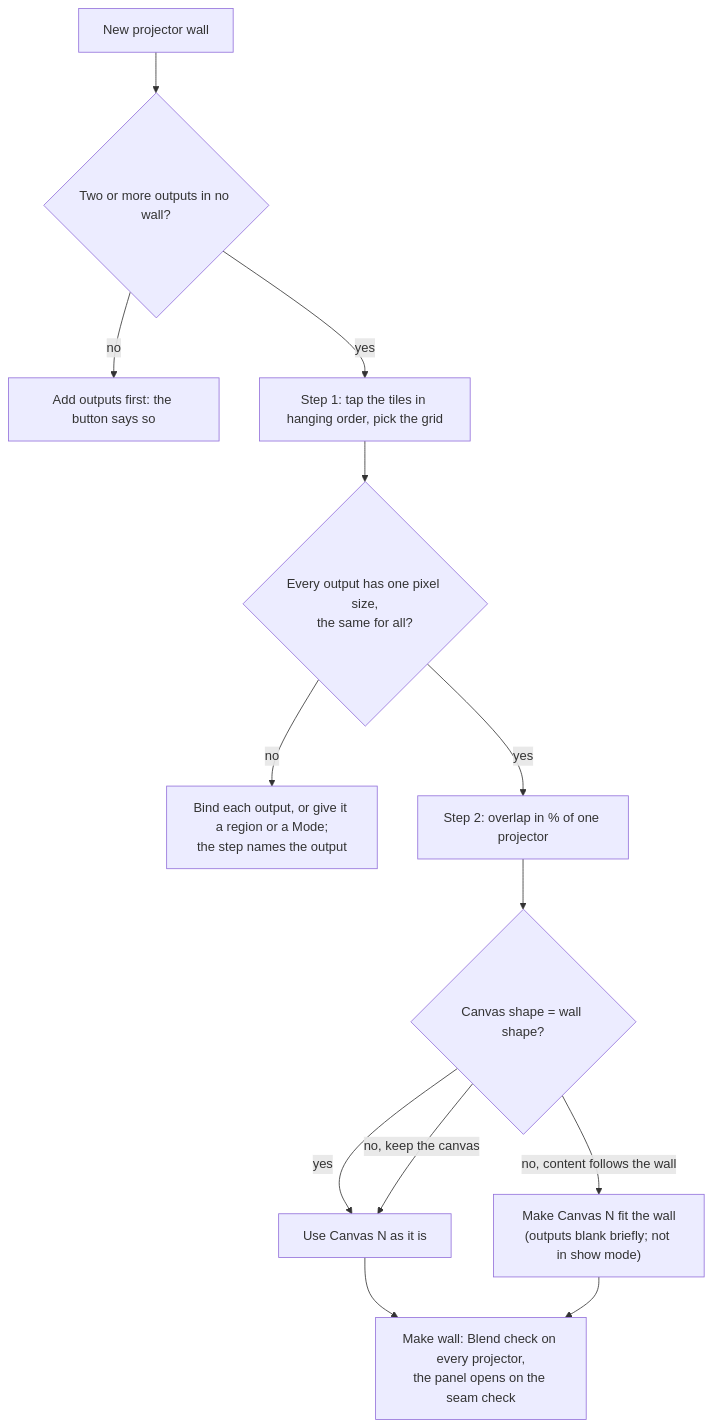
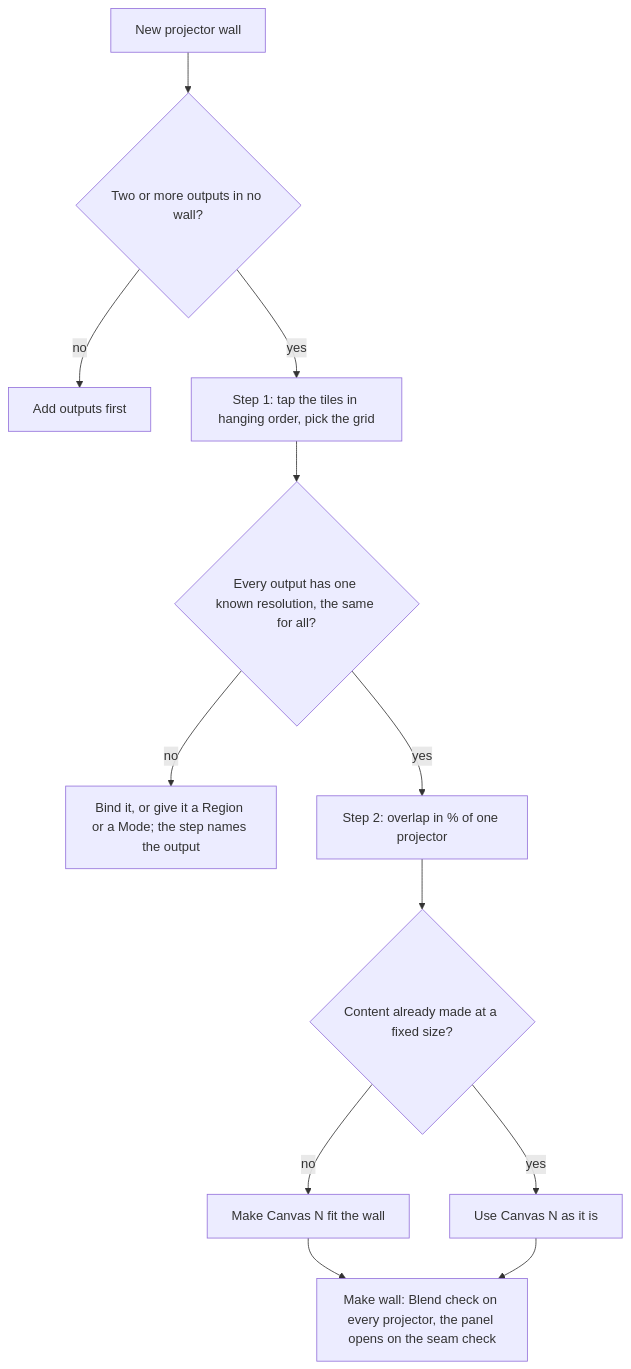
Before and after one commit to Timdebruijn/fanous: the first of 2 diagrams in docs/user/outputs-and-mapping.md, drawn with Mermaid. The commit also changed other lines of this file and 9 other files, not shown here.

First line of the commit message:
Docs: panel review fixes for the outputs pages

````diff
--- a/docs/user/outputs-and-mapping.md
+++ b/docs/user/outputs-and-mapping.md
@@ -338,15 +377,14 @@
 ```mermaid
 flowchart TD
   start["New projector wall"] --> free{"Two or more outputs in no wall?"}
-  free -- no --> add["Add outputs first: the button says so"]
+  free -- no --> add["Add outputs first"]
   free -- yes --> order["Step 1: tap the tiles in hanging order, pick the grid"]
-  order --> size{"Every output has one pixel size,<br>the same for all?"}
-  size -- no --> fix["Bind each output, or give it a region or a Mode;<br>the step names the output"]
+  order --> size{"Every output has one known resolution, the same for all?"}
+  size -- no --> fix["Bind it, or give it a Region or a Mode; the step names the output"]
   size -- yes --> overlap["Step 2: overlap in % of one projector"]
-  overlap --> canvas{"Canvas shape = wall shape?"}
-  canvas -- yes --> use["Use Canvas N as it is"]
-  canvas -- "no, content follows the wall" --> make["Make Canvas N fit the wall<br>(outputs blank briefly; not in show mode)"]
-  canvas -- "no, keep the canvas" --> use
-  use --> made["Make wall: Blend check on every projector,<br>the panel opens on the seam check"]
-  make --> made
+  overlap --> content{"Content already made at a fixed size?"}
+  content -- no --> make["Make Canvas N fit the wall"]
+  content -- yes --> use["Use Canvas N as it is"]
+  make --> made["Make wall: Blend check on every projector, the panel opens on the seam check"]
+  use --> made
 ```
````
